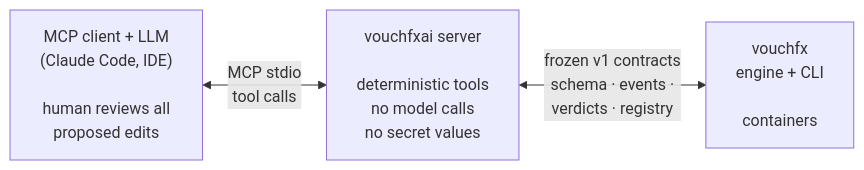
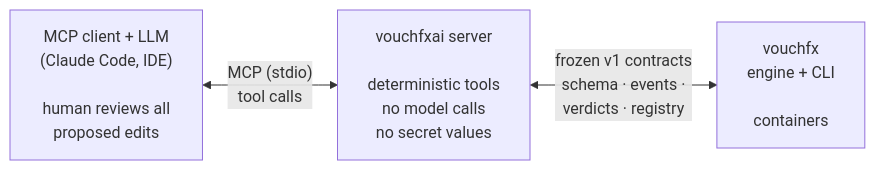
The diagram in docs/04_AI_Companion_Feasibility_and_Design.md (tomas-rampas/vouchfx), drawn with Mermaid before and after one commit. The commit also changed 4 other files, not shown here.

First line of the commit message:
docs: pin mermaid to 11.16.0 and gate that the diagram renders

````diff
--- a/docs/04_AI_Companion_Feasibility_and_Design.md
+++ b/docs/04_AI_Companion_Feasibility_and_Design.md
@@ -61,9 +61,11 @@
 ```mermaid
 flowchart LR
+    accTitle: vouchfxai trust boundary
+    accDescr: The MCP client and LLM exchange MCP stdio tool calls with the vouchfxai server, which exchanges frozen v1 contracts with the vouchfx engine and CLI.
     A["MCP client + LLM<br/>(Claude Code, IDE)<br/><br/>human reviews all<br/>proposed edits"]
     B["vouchfxai server<br/><br/>deterministic tools<br/>no model calls<br/>no secret values"]
     C["vouchfx<br/>engine + CLI<br/><br/>containers"]
-    
-    A <-->|MCP stdio<br/>tool calls| B
-    B <-->|frozen v1 contracts<br/>schema · events ·<br/>verdicts · registry| C
+
+    A <-->|"MCP (stdio)<br/>tool calls"| B
+    B <-->|"frozen v1 contracts<br/>schema · events ·<br/>verdicts · registry"| C
 ```
````
